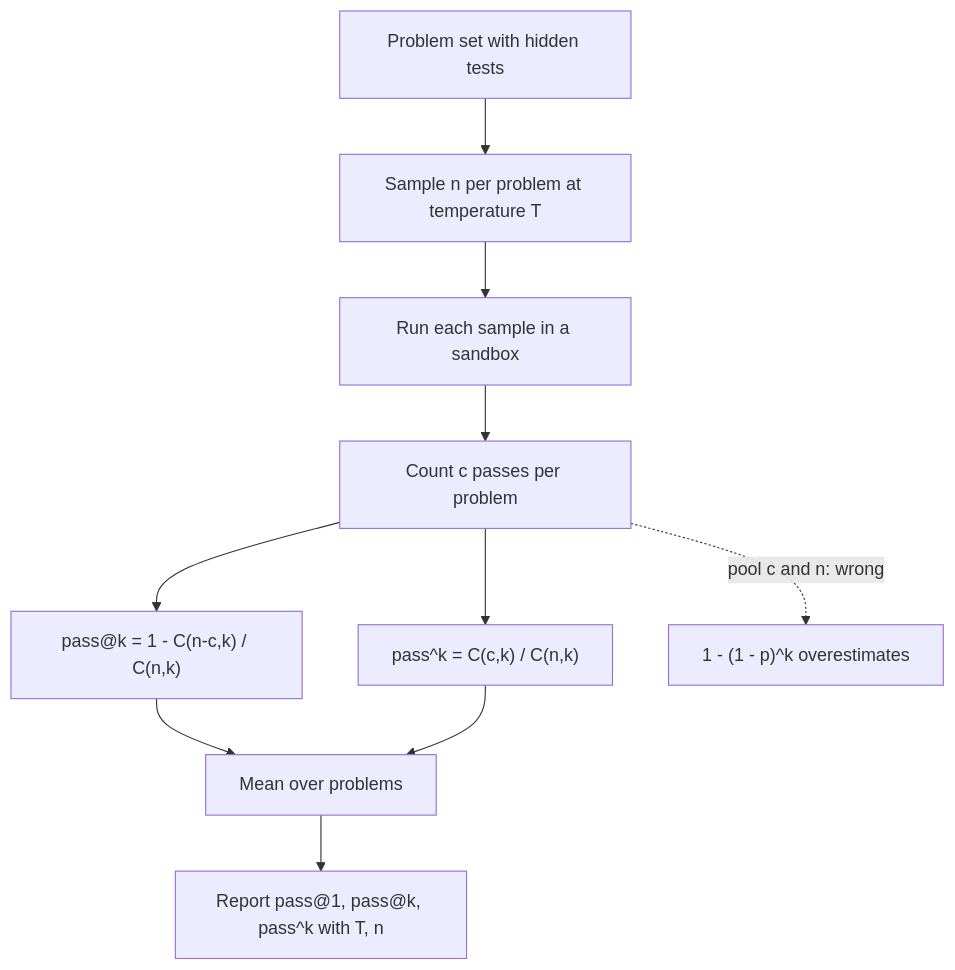
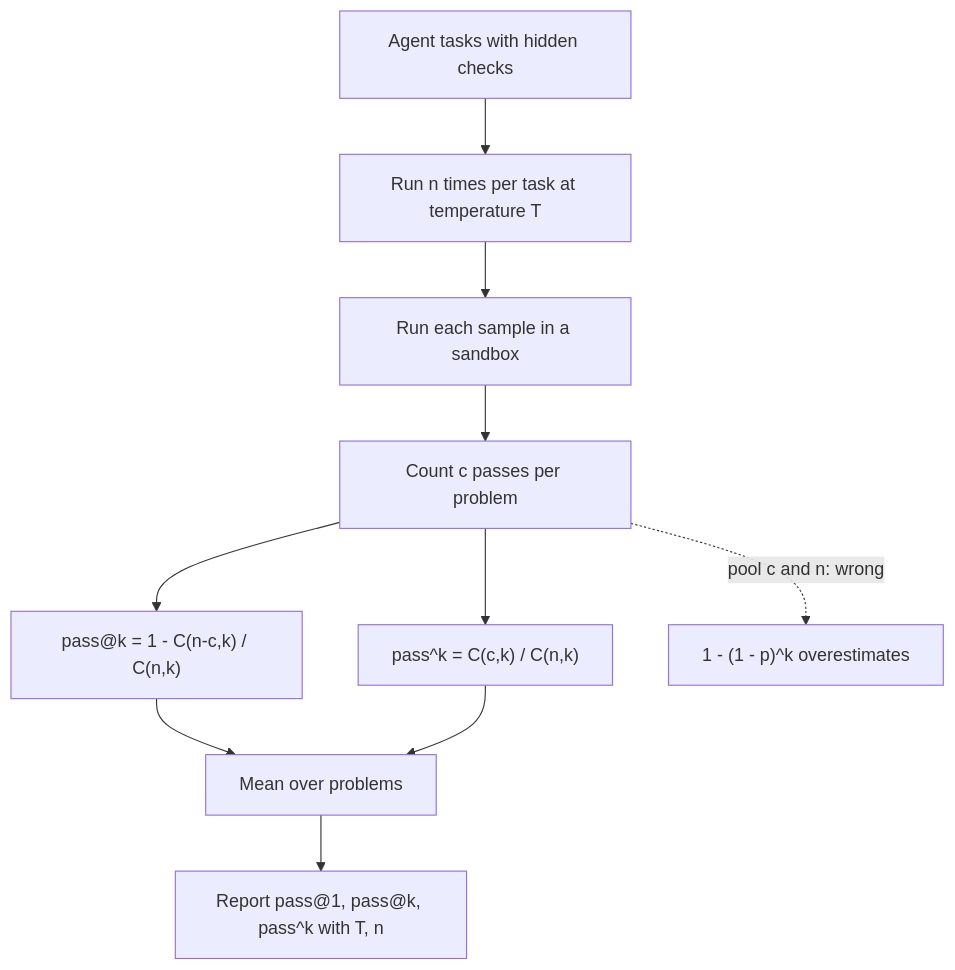
One commit to lovishmahajan97/agentic-learning changed the diagram in content/evals/pass-k.md. Above: the diagram before and after it, drawn with Mermaid. The commit also changed other lines of this file and 266 other files, not shown here.

````diff
--- a/content/evals/pass-k.md
+++ b/content/evals/pass-k.md
@@ -110,12 +135,12 @@
 ```mermaid
 flowchart TD
-    P["Problem set with hidden tests"] --> S["Sample n per problem at temperature T"]
+    P["Agent tasks with hidden checks"] --> S["Run n times per task at temperature T"]
     S --> X["Run each sample in a sandbox"]
     X --> C["Count c passes per problem"]
     C --> E1["pass@k = 1 - C(n-c,k) / C(n,k)"]
     C --> E2["pass^k = C(c,k) / C(n,k)"]
     E1 --> M["Mean over problems"]
     E2 --> M
     M --> R["Report pass@1, pass@k, pass^k with T, n"]
     C -.->|"pool c and n: wrong"| B["1 - (1 - p)^k overestimates"]
 ```
````
